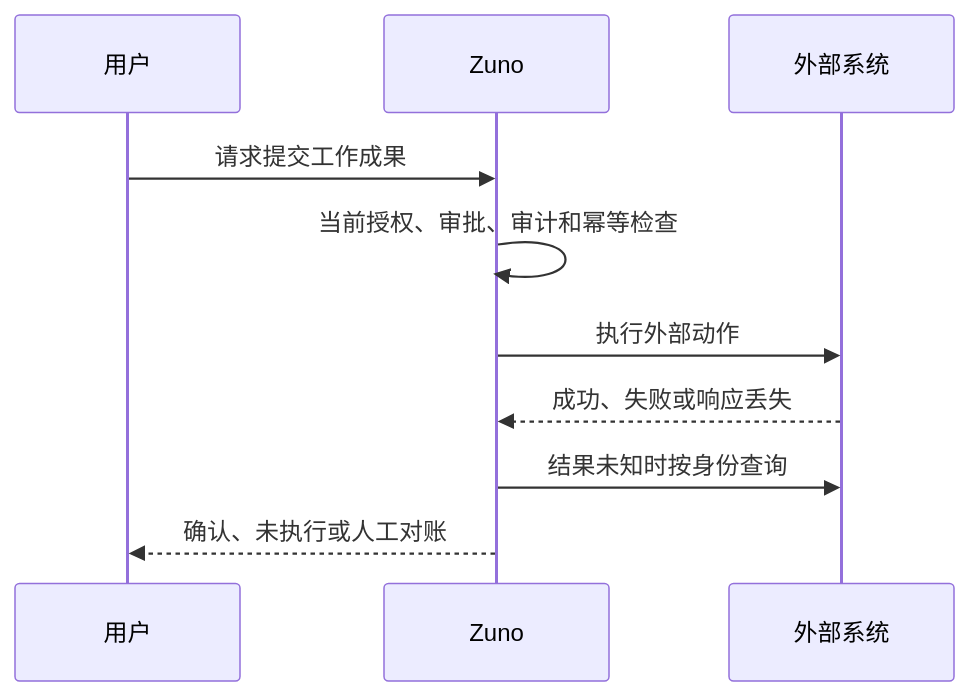
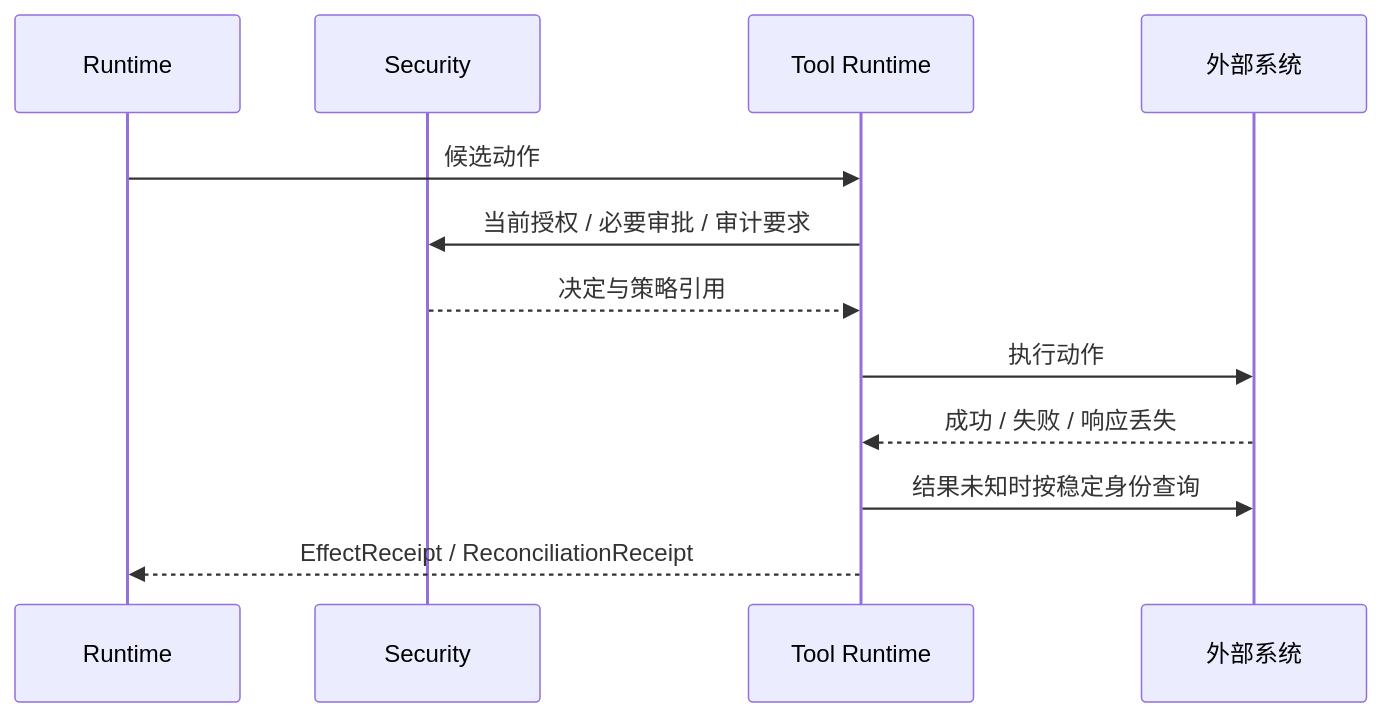
The third of 5 diagrams in docs/architecture/architecture.md (ProfessorZhi/Zuno), drawn with Mermaid before and after one commit. The commit also changed other lines of this file, not shown here.

Commit message:
docs: align overall architecture with module design baseline

````diff
--- a/docs/architecture/architecture.md
+++ b/docs/architecture/architecture.md
@@ -172,12 +200,14 @@
 ```mermaid
 sequenceDiagram
-  participant U as 用户
-  participant Z as Zuno
-  participant S as 外部系统
-  U->>Z: 请求提交工作成果
-  Z->>Z: 当前授权、审批、审计和幂等检查
-  Z->>S: 执行外部动作
-  S-->>Z: 成功、失败或响应丢失
-  Z->>S: 结果未知时按身份查询
-  Z-->>U: 确认、未执行或人工对账
+  participant R as Runtime
+  participant S as Security
+  participant T as Tool Runtime
+  participant X as 外部系统
+  R->>T: 候选动作
+  T->>S: 当前授权 / 必要审批 / 审计要求
+  S-->>T: 决定与策略引用
+  T->>X: 执行动作
+  X-->>T: 成功 / 失败 / 响应丢失
+  T->>X: 结果未知时按稳定身份查询
+  T-->>R: EffectReceipt / ReconciliationReceipt
 ```
````
